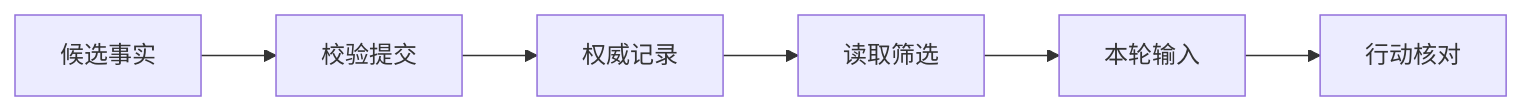
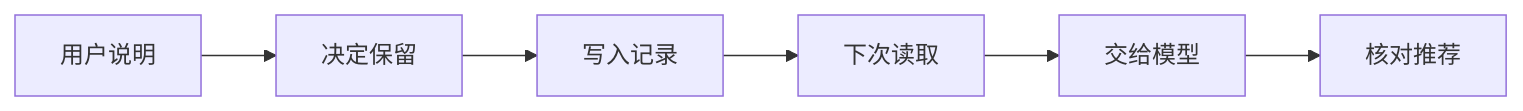
The diagram in book/15-memory-update-boundaries.md (Mar-garet/agent-book), drawn with Mermaid before and after one commit. The commit also changed other lines of this file and 27 other files, not shown here.

````diff
--- a/book/15-memory-update-boundaries.md
+++ b/book/15-memory-update-boundaries.md
@@ -22,9 +24,9 @@
 ```mermaid
-%% 从用户纠正到下一次行动
+%% 一条偏好怎样影响下一次推荐
 flowchart LR
-    A[候选事实] --> B[校验提交]
-    B --> C[权威记录]
-    C --> D[读取筛选]
-    D --> E[本轮输入]
-    E --> F[行动核对]
+    A[用户说明] --> B[决定保留]
+    B --> C[写入记录]
+    C --> D[下次读取]
+    D --> E[交给模型]
+    E --> F[核对推荐]
 ```
````
